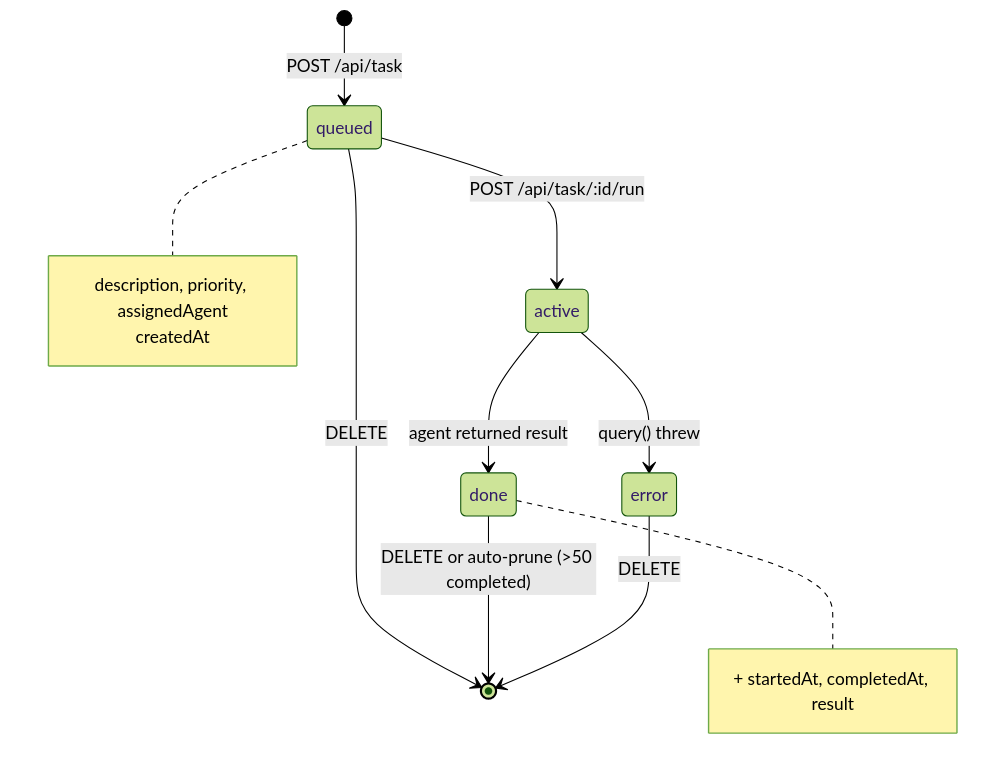
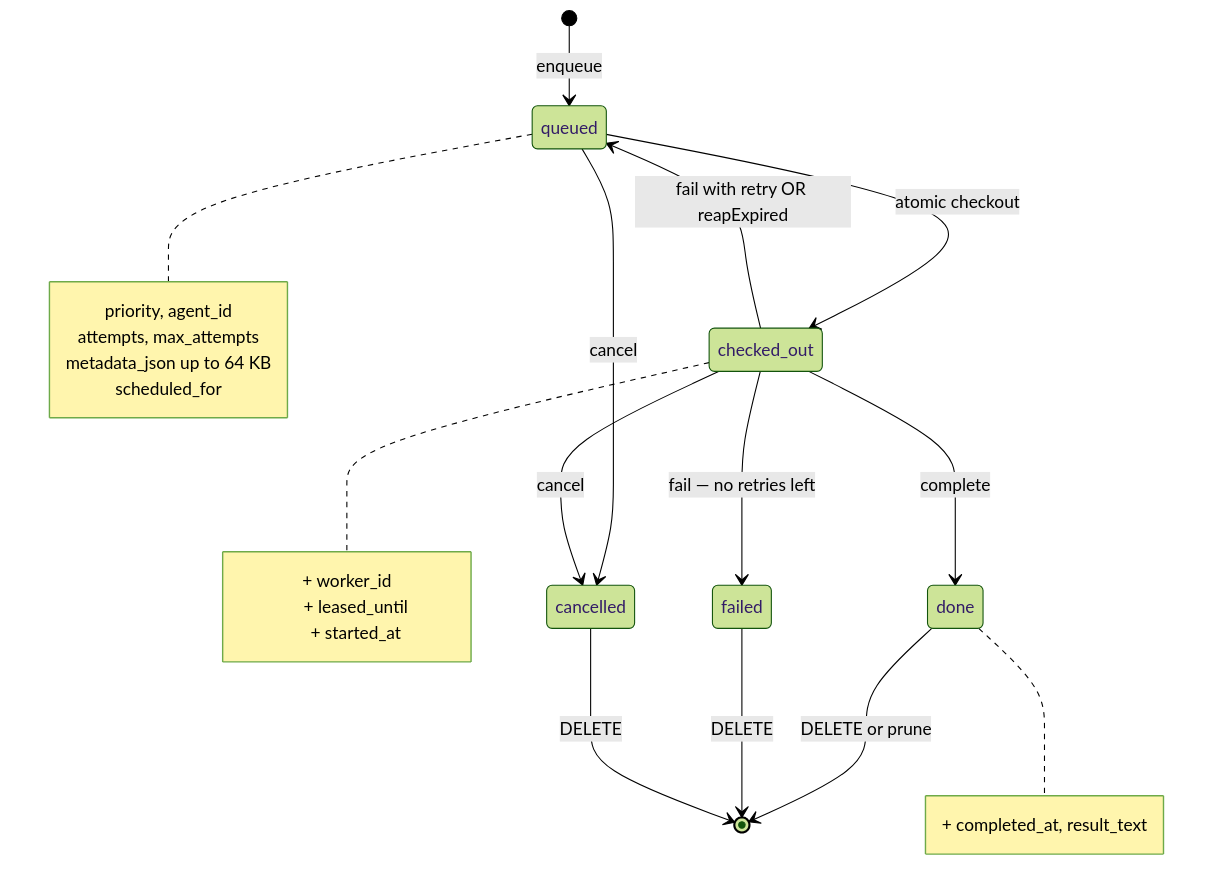
The seventh of 8 diagrams in README.md (jaysidd/claude-agent-lab), drawn with Mermaid (forest theme) before and after one commit. The commit also changed other lines of this file and 1 other file, not shown here.

````diff
--- a/README.md
+++ b/README.md
@@ -553,19 +640,30 @@
 ```mermaid
 stateDiagram-v2
-  [*] --> queued: POST /api/task
-  queued --> active: POST /api/task/:id/run
-  active --> done: agent returned result
-  active --> error: query() threw
-  queued --> [*]: DELETE
-  done --> [*]: DELETE or auto-prune (>50 completed)
-  error --> [*]: DELETE
+  [*] --> queued: enqueue
+  queued --> checked_out: atomic checkout
+  checked_out --> done: complete
+  checked_out --> failed: fail — no retries left
+  checked_out --> queued: fail with retry OR reapExpired
+  queued --> cancelled: cancel
+  checked_out --> cancelled: cancel
+  done --> [*]: DELETE or prune
+  failed --> [*]: DELETE
+  cancelled --> [*]: DELETE
 
   note right of queued
-    description, priority, assignedAgent
-    createdAt
+    priority, agent_id
+    attempts, max_attempts
+    metadata_json up to 64 KB
+    scheduled_for
+  end note
+
+  note right of checked_out
+    + worker_id
+    + leased_until
+    + started_at
   end note
 
   note right of done
-    + startedAt, completedAt, result
+    + completed_at, result_text
   end note
 ```
````
